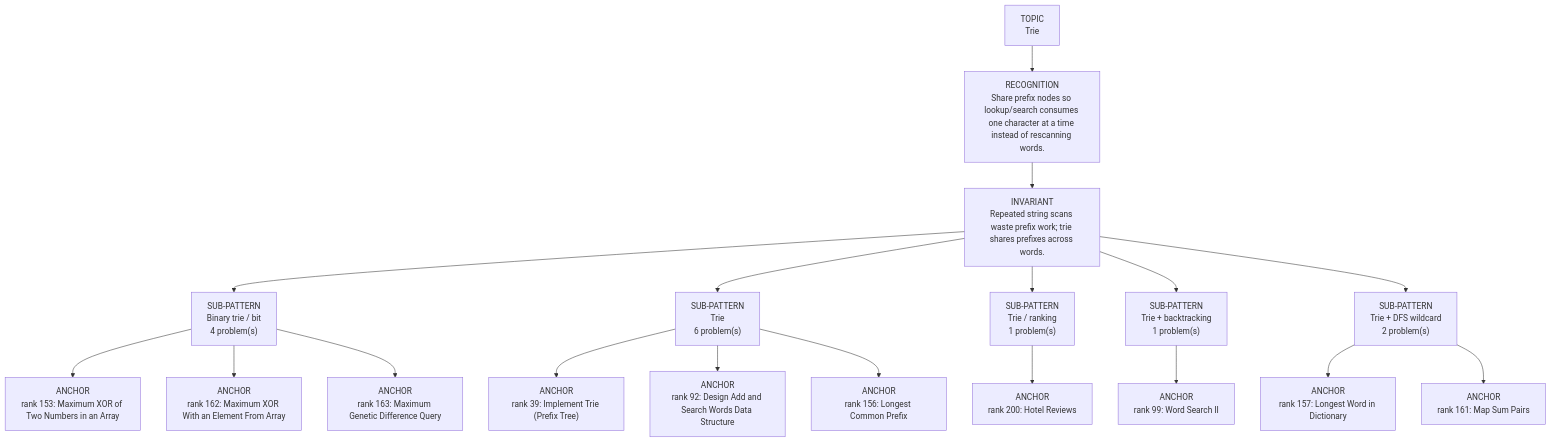
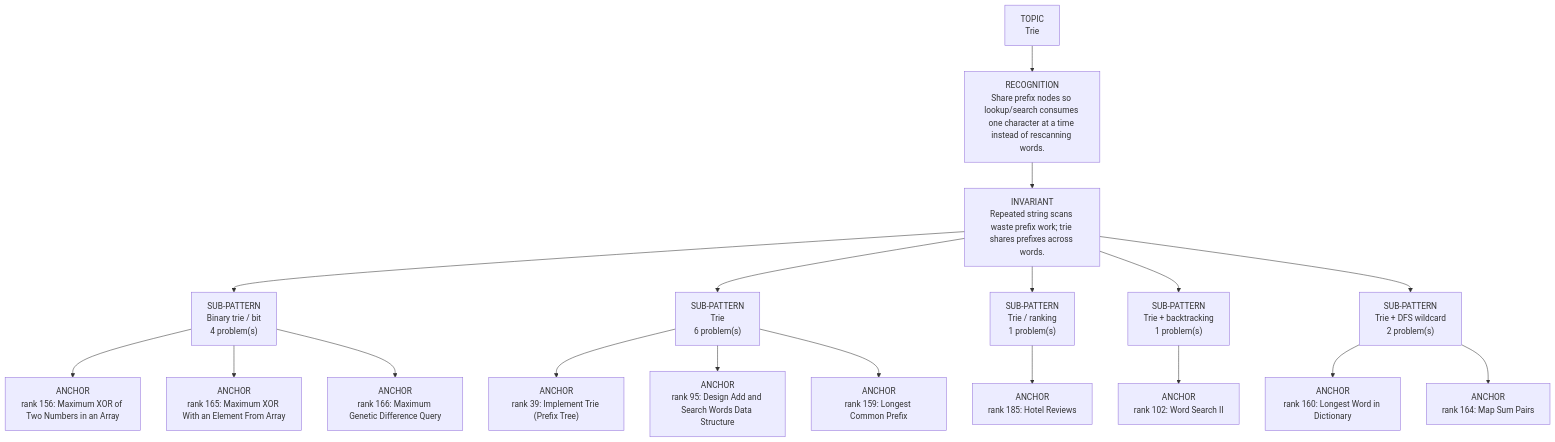
The diagram in dsa-review/interview/patterns/16_trie.md (thechiranjeevjain/DSA10days), drawn with Mermaid before and after one commit. The commit also changed other lines of this file and 51 other files, not shown here.

````diff
--- a/dsa-review/interview/patterns/16_trie.md
+++ b/dsa-review/interview/patterns/16_trie.md
@@ -15,22 +15,22 @@
 ```mermaid
 flowchart TD
   Topic["TOPIC<br/>Trie"]
   Recognition["RECOGNITION<br/>Share prefix nodes so lookup/search consumes one character at a time instead of rescanning words."]
   Invariant["INVARIANT<br/>Repeated string scans waste prefix work; trie shares prefixes across words."]
   Topic --> Recognition --> Invariant
   Invariant --> Sub01["SUB-PATTERN<br/>Binary trie / bit<br/>4 problem(s)"]
-  Sub01 --> Sub01A01["ANCHOR<br/>rank 153: Maximum XOR of Two Numbers in an Array"]
-  Sub01 --> Sub01A02["ANCHOR<br/>rank 162: Maximum XOR With an Element From Array"]
-  Sub01 --> Sub01A03["ANCHOR<br/>rank 163: Maximum Genetic Difference Query"]
+  Sub01 --> Sub01A01["ANCHOR<br/>rank 156: Maximum XOR of Two Numbers in an Array"]
+  Sub01 --> Sub01A02["ANCHOR<br/>rank 165: Maximum XOR With an Element From Array"]
+  Sub01 --> Sub01A03["ANCHOR<br/>rank 166: Maximum Genetic Difference Query"]
   Invariant --> Sub02["SUB-PATTERN<br/>Trie<br/>6 problem(s)"]
   Sub02 --> Sub02A01["ANCHOR<br/>rank 39: Implement Trie (Prefix Tree)"]
-  Sub02 --> Sub02A02["ANCHOR<br/>rank 92: Design Add and Search Words Data Structure"]
-  Sub02 --> Sub02A03["ANCHOR<br/>rank 156: Longest Common Prefix"]
+  Sub02 --> Sub02A02["ANCHOR<br/>rank 95: Design Add and Search Words Data Structure"]
+  Sub02 --> Sub02A03["ANCHOR<br/>rank 159: Longest Common Prefix"]
   Invariant --> Sub03["SUB-PATTERN<br/>Trie / ranking<br/>1 problem(s)"]
-  Sub03 --> Sub03A01["ANCHOR<br/>rank 200: Hotel Reviews"]
+  Sub03 --> Sub03A01["ANCHOR<br/>rank 185: Hotel Reviews"]
   Invariant --> Sub04["SUB-PATTERN<br/>Trie + backtracking<br/>1 problem(s)"]
-  Sub04 --> Sub04A01["ANCHOR<br/>rank 99: Word Search II"]
+  Sub04 --> Sub04A01["ANCHOR<br/>rank 102: Word Search II"]
   Invariant --> Sub05["SUB-PATTERN<br/>Trie + DFS wildcard<br/>2 problem(s)"]
-  Sub05 --> Sub05A01["ANCHOR<br/>rank 157: Longest Word in Dictionary"]
-  Sub05 --> Sub05A02["ANCHOR<br/>rank 161: Map Sum Pairs"]
+  Sub05 --> Sub05A01["ANCHOR<br/>rank 160: Longest Word in Dictionary"]
+  Sub05 --> Sub05A02["ANCHOR<br/>rank 164: Map Sum Pairs"]
 ```
````
